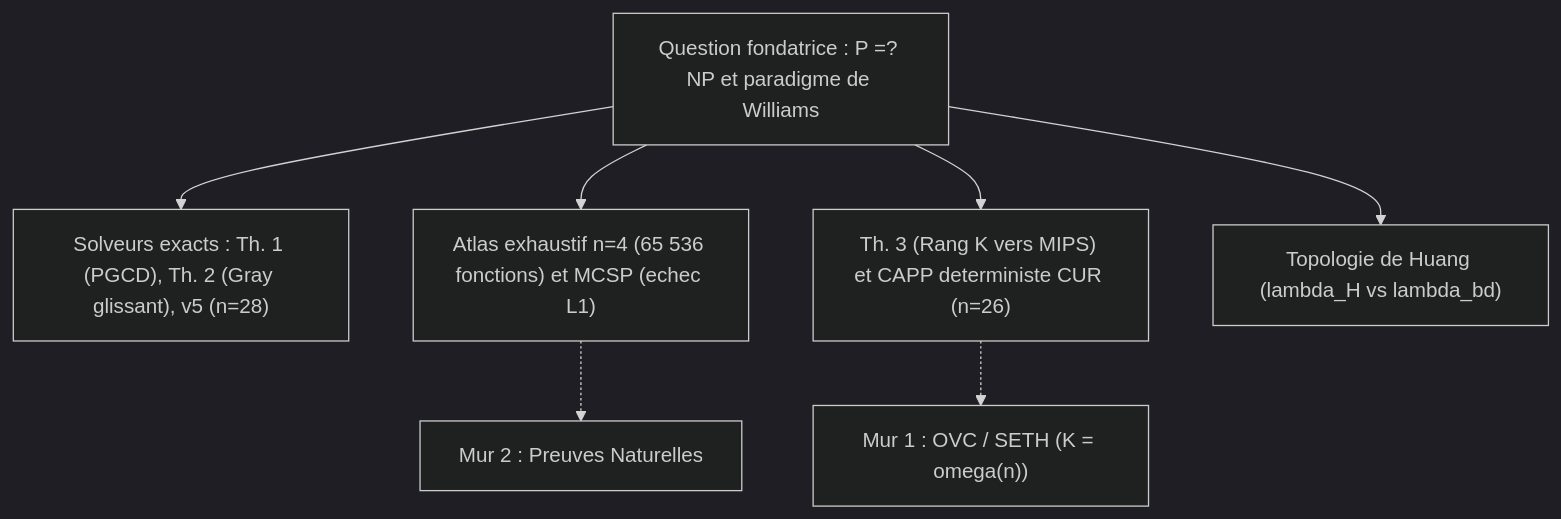
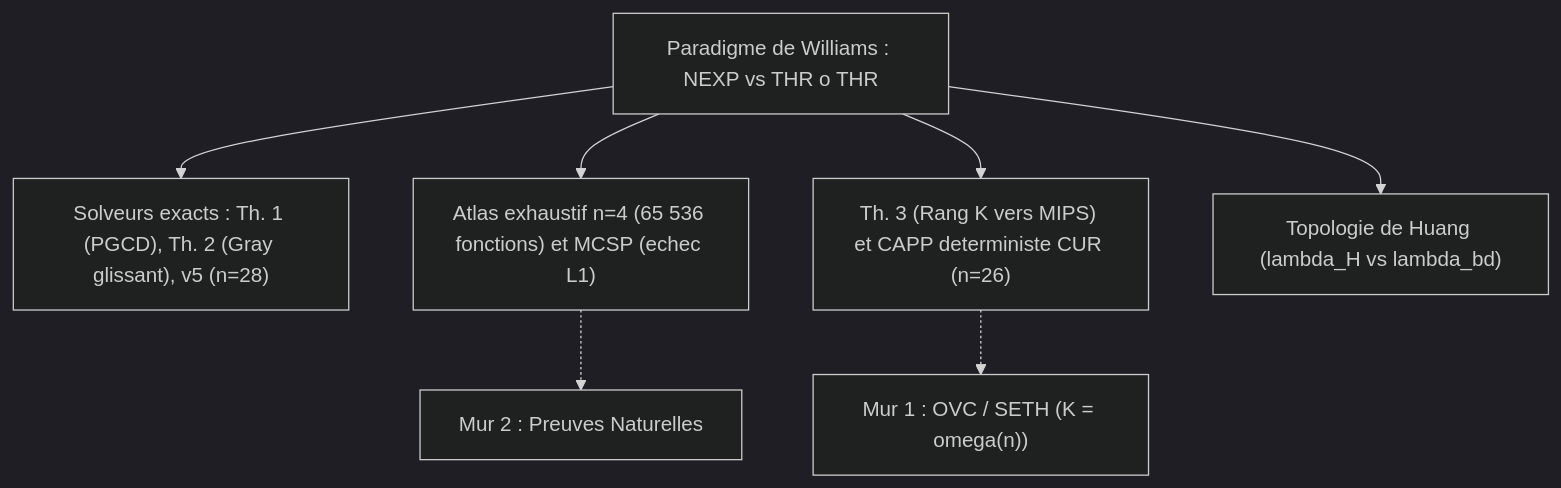
One commit to Axel-Bouchery/P-NP changed the diagram in axe1_thr2_williams/RAPPORT.md. Above: the diagram before and after it, drawn with Mermaid (dark theme). The commit also changed other lines of this file and 1 other file, not shown here.

````diff
--- a/axe1_thr2_williams/RAPPORT.md
+++ b/axe1_thr2_williams/RAPPORT.md
@@ -62,10 +62,10 @@
 ```mermaid
 flowchart TD
-    Root["Question fondatrice : P =? NP et paradigme de Williams"]
+    Root["Paradigme de Williams : NEXP vs THR o THR"]
     Root --> A1a["Solveurs exacts : Th. 1 (PGCD), Th. 2 (Gray glissant), v5 (n=28)"]
     Root --> A1b["Atlas exhaustif n=4 (65 536 fonctions) et MCSP (echec L1)"]
     Root --> A1c["Th. 3 (Rang K vers MIPS) et CAPP deterministe CUR (n=26)"]
     Root --> A1d["Topologie de Huang (lambda_H vs lambda_bd)"]
     A1c -.-> M1["Mur 1 : OVC / SETH (K = omega(n))"]
     A1b -.-> M2["Mur 2 : Preuves Naturelles"]
 ```
````
